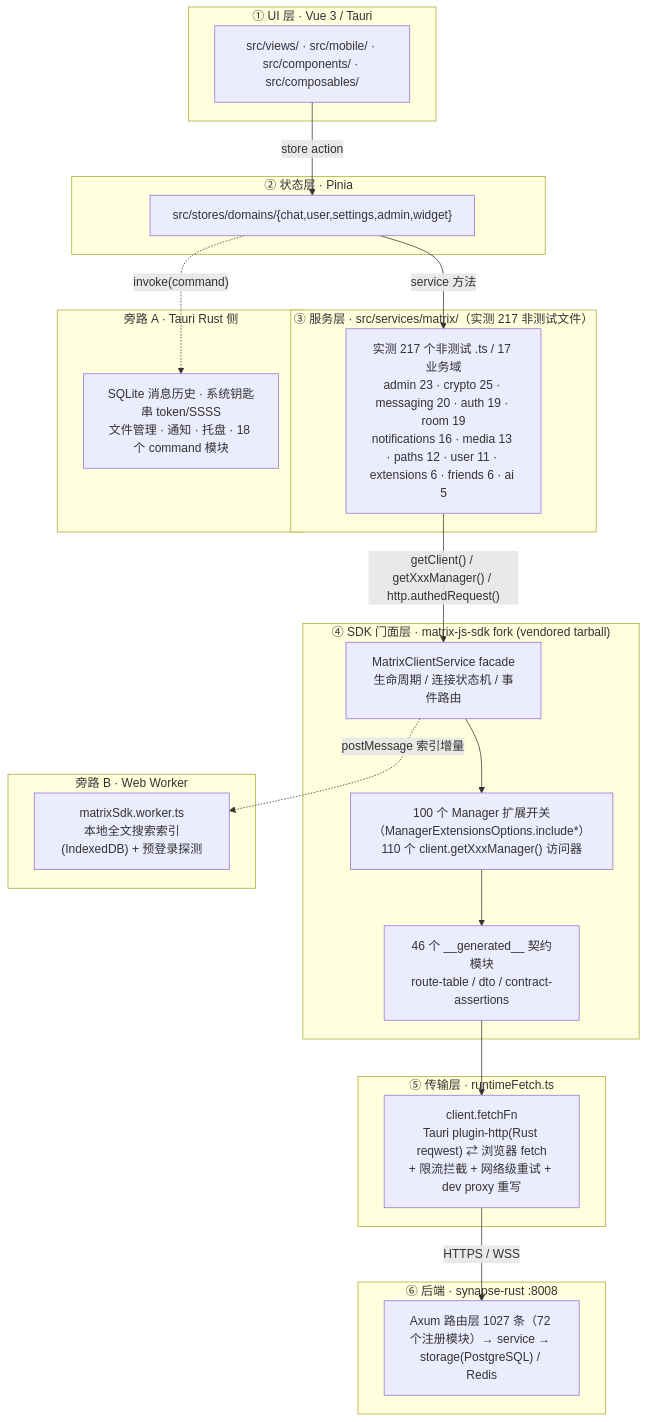
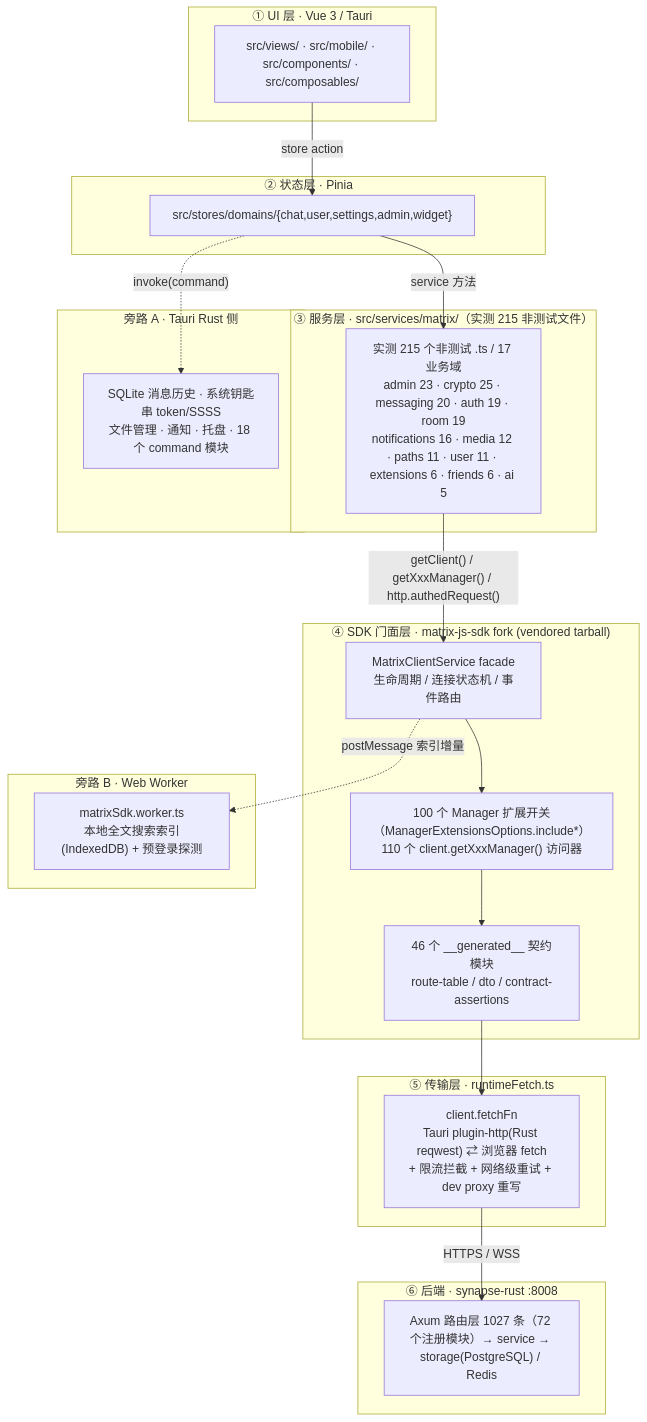
The first of 4 diagrams in docs/Tjg-SDK-集成架构与能力图谱-2026-10-08.md (langkebo/hula), drawn with Mermaid before and after one commit. The commit also changed other lines of this file and 26 other files, not shown here.

````diff
--- a/docs/Tjg-SDK-集成架构与能力图谱-2026-10-08.md
+++ b/docs/Tjg-SDK-集成架构与能力图谱-2026-10-08.md
@@ -32,47 +32,47 @@
 ```mermaid
 flowchart TB
     subgraph L1["① UI 层 · Vue 3 / Tauri"]
         UI["src/views/ · src/mobile/ · src/components/ · src/composables/"]
     end
 
     subgraph L2["② 状态层 · Pinia"]
         ST["src/stores/domains/{chat,user,settings,admin,widget}"]
     end
 
-    subgraph L3["③ 服务层 · src/services/matrix/（实测 217 非测试文件）"]
-        SV["实测 217 个非测试 .ts / 17 业务域<br/>admin 23 · crypto 25 · messaging 20 · auth 19 · room 19<br/>notifications 16 · media 13 · paths 12 · user 11 · extensions 6 · friends 6 · ai 5"]
+    subgraph L3["③ 服务层 · src/services/matrix/（实测 215 非测试文件）"]
+        SV["实测 215 个非测试 .ts / 17 业务域<br/>admin 23 · crypto 25 · messaging 20 · auth 19 · room 19<br/>notifications 16 · media 12 · paths 11 · user 11 · extensions 6 · friends 6 · ai 5"]
     end
 
     subgraph L4["④ SDK 门面层 · matrix-js-sdk fork (vendored tarball)"]
         SDK1["MatrixClientService facade<br/>生命周期 / 连接状态机 / 事件路由"]
         SDK2["100 个 Manager 扩展开关（ManagerExtensionsOptions.include*）<br/>110 个 client.getXxxManager() 访问器"]
         SDK3["46 个 __generated__ 契约模块<br/>route-table / dto / contract-assertions"]
     end
 
     subgraph L5["⑤ 传输层 · runtimeFetch.ts"]
         NET["client.fetchFn<br/>Tauri plugin-http(Rust reqwest) ⇄ 浏览器 fetch<br/>+ 限流拦截 + 网络级重试 + dev proxy 重写"]
     end
 
     subgraph L6["⑥ 后端 · synapse-rust :8008"]
         BE["Axum 路由层 1027 条（72 个注册模块）→ service → storage(PostgreSQL) / Redis"]
     end
 
     UI -->|"store action"| ST
     ST -->|"service 方法"| SV
     SV -->|"getClient() / getXxxManager() / http.authedRequest()"| SDK1
     SDK1 --> SDK2
     SDK2 --> SDK3
     SDK3 --> NET
     NET -->|"HTTPS / WSS"| BE
 
     subgraph SIDE1["旁路 A · Tauri Rust 侧"]
         TAURI["SQLite 消息历史 · 系统钥匙串 token/SSSS<br/>文件管理 · 通知 · 托盘 · 18 个 command 模块"]
     end
 
     subgraph SIDE2["旁路 B · Web Worker"]
         WK["matrixSdk.worker.ts<br/>本地全文搜索索引(IndexedDB) + 预登录探测"]
     end
 
     ST -.->|"invoke(command)"| TAURI
     SDK1 -.->|"postMessage 索引增量"| WK
 ```
````
